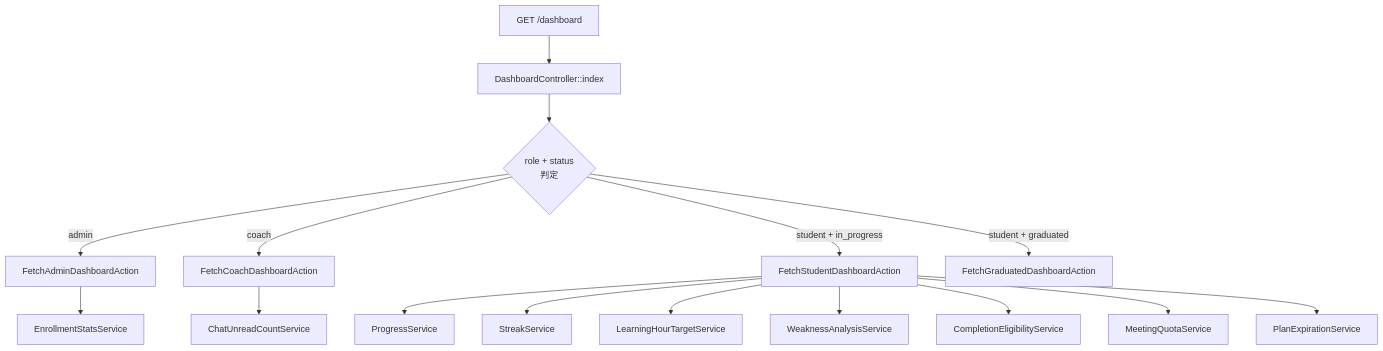
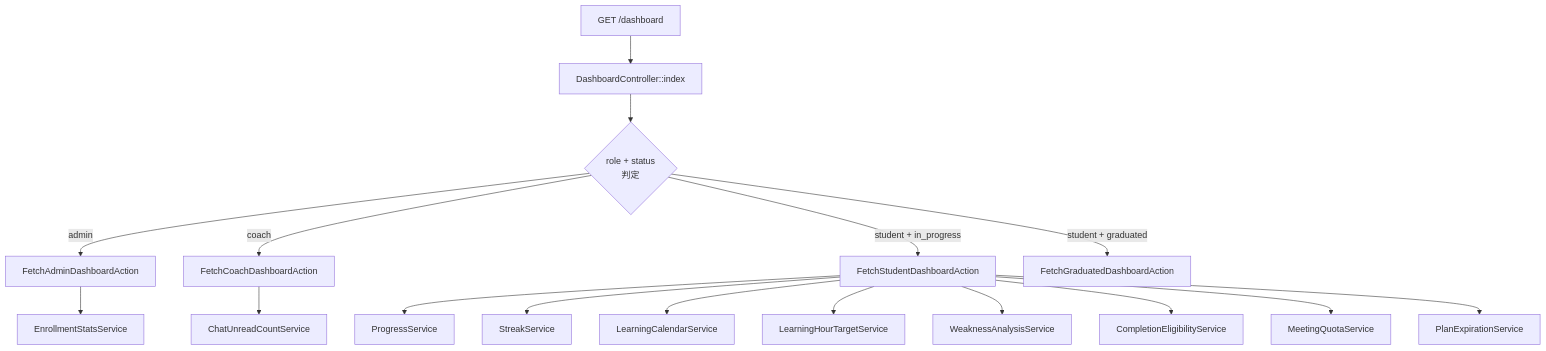
One commit to coachtech-mockcase-second/ExampleAnswer-mockcase-CertifyLMS changed the first of 3 diagrams in docs/specs/dashboard/design.md. Above: the diagram before and after it, drawn with Mermaid. The commit also changed other lines of this file and 280 other files, not shown here.

````diff
--- a/docs/specs/dashboard/design.md
+++ b/docs/specs/dashboard/design.md
@@ -21,21 +21,22 @@
 ```mermaid
 flowchart TB
     Request[GET /dashboard] --> Controller[DashboardController::index]
     Controller --> RoleCheck{role + status<br/>判定}
     RoleCheck -->|admin| FetchAdmin[FetchAdminDashboardAction]
     RoleCheck -->|coach| FetchCoach[FetchCoachDashboardAction]
     RoleCheck -->|student + in_progress| FetchStudent[FetchStudentDashboardAction]
     RoleCheck -->|student + graduated| FetchGraduated[FetchGraduatedDashboardAction]
 
     FetchStudent --> ProgressSvc[ProgressService]
     FetchStudent --> StreakSvc[StreakService]
+    FetchStudent --> LearningCalendarSvc[LearningCalendarService]
     FetchStudent --> LearningHourSvc[LearningHourTargetService]
     FetchStudent --> WeaknessSvc[WeaknessAnalysisService]
     FetchStudent --> CompletionSvc[CompletionEligibilityService]
     FetchStudent --> MeetingQuotaSvc[MeetingQuotaService]
     FetchStudent --> PlanExpirationSvc[PlanExpirationService]
 
     FetchCoach --> ChatUnreadSvc[ChatUnreadCountService]
 
     FetchAdmin --> EnrollmentStatsSvc[EnrollmentStatsService]
 ```
````
